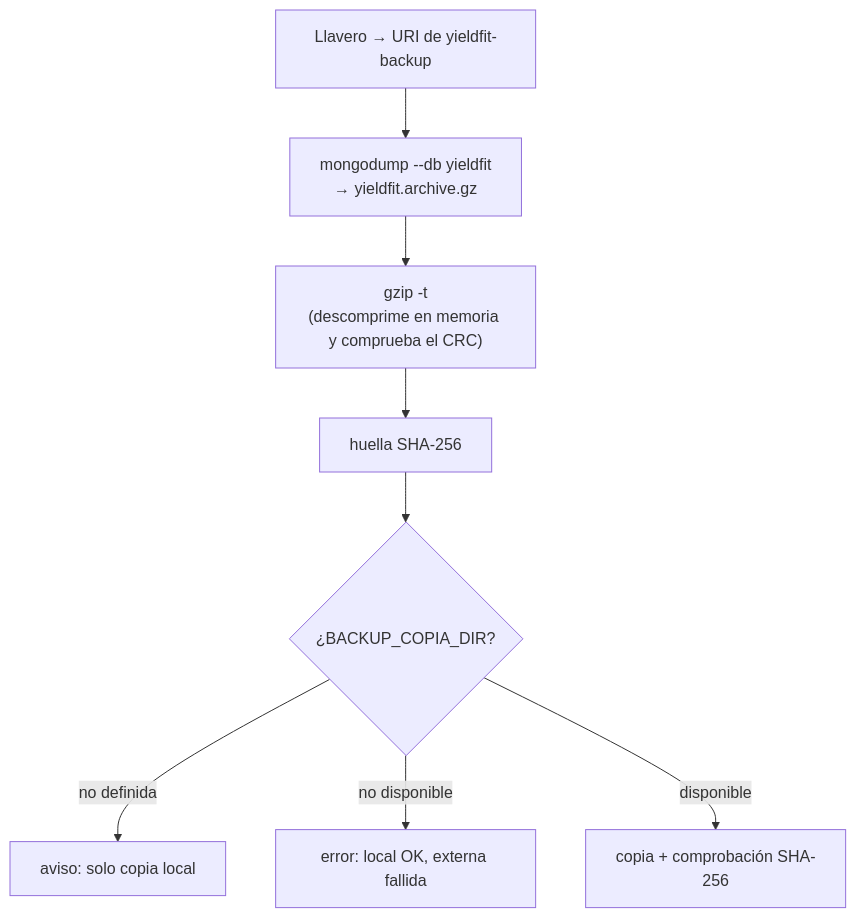
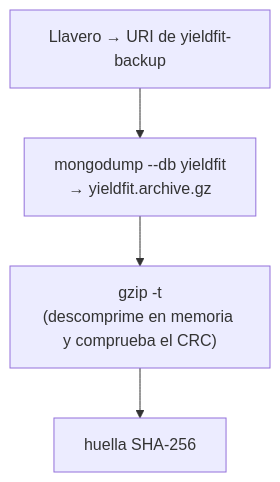
Before and after one commit to daviddhernandez2/yieldfit: the diagram in docs/operaciones.md, drawn with Mermaid. The commit also changed other lines of this file and 2 other files, not shown here.

Commit message:
chore(backups): deja las copias solo en local y registra sus riesgos

````diff
--- a/docs/operaciones.md
+++ b/docs/operaciones.md
@@ -54,10 +48,6 @@
 ```mermaid
 flowchart TD
     A["Llavero → URI de yieldfit-backup"] --> B["mongodump --db yieldfit<br/>→ yieldfit.archive.gz"]
     B --> C["gzip -t<br/>(descomprime en memoria y comprueba el CRC)"]
     C --> D["huella SHA-256"]
-    D --> E{"¿BACKUP_COPIA_DIR?"}
-    E -- "no definida" --> F["aviso: solo copia local"]
-    E -- "no disponible" --> G["error: local OK, externa fallida"]
-    E -- "disponible" --> H["copia + comprobación SHA-256"]
 ```
````
